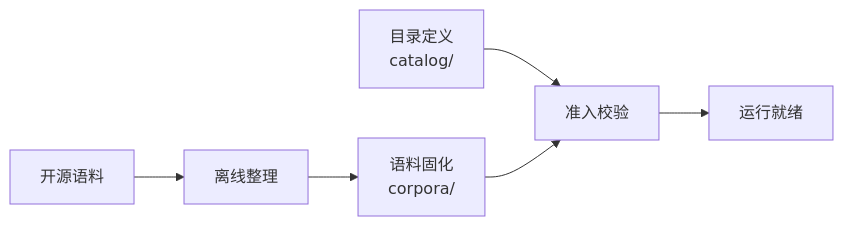
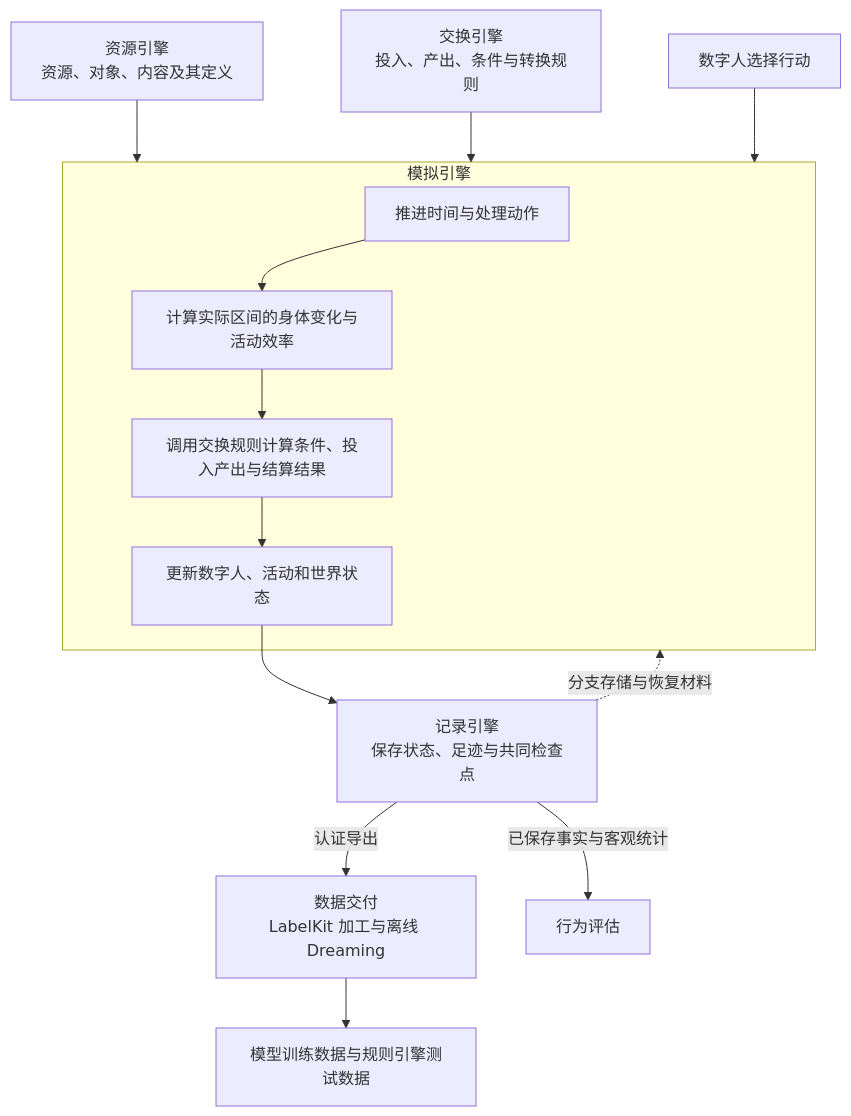
Before and after one commit to HoldThatThgt/WorldMock: the first of 7 diagrams in docs/design/01-architecture.md, drawn with Mermaid. The commit also changed other lines of this file and 46 other files, not shown here.

````diff
--- a/docs/design/01-architecture.md
+++ b/docs/design/01-architecture.md
@@ -151,8 +48,16 @@
 ```mermaid
-flowchart LR
-    A[开源语料] --> B[离线整理]
-    B --> C[语料固化<br/>corpora/]
-    D[目录定义<br/>catalog/] --> E[准入校验]
-    C --> E
-    E --> F[运行就绪]
+flowchart TB
+    R[资源引擎<br/>资源、对象、内容及其定义] --> S
+    X[交换引擎<br/>投入、产出、条件与转换规则] --> S
+    A[数字人选择行动] --> S
+    subgraph S[模拟引擎]
+        T[推进时间与处理动作] --> B[计算实际区间的身体变化与活动效率]
+        B --> C[调用交换规则计算条件、投入产出与结算结果]
+        C --> W[更新数字人、活动和世界状态]
+    end
+    W --> F[记录引擎<br/>保存状态、足迹与共同检查点]
+    F -->|认证导出| D[数据交付<br/>LabelKit 加工与离线 Dreaming]
+    F -->|已保存事实与客观统计| E[行为评估]
+    F -.->|分支存储与恢复材料| S
+    D --> O[模型训练数据与规则引擎测试数据]
 ```
````
